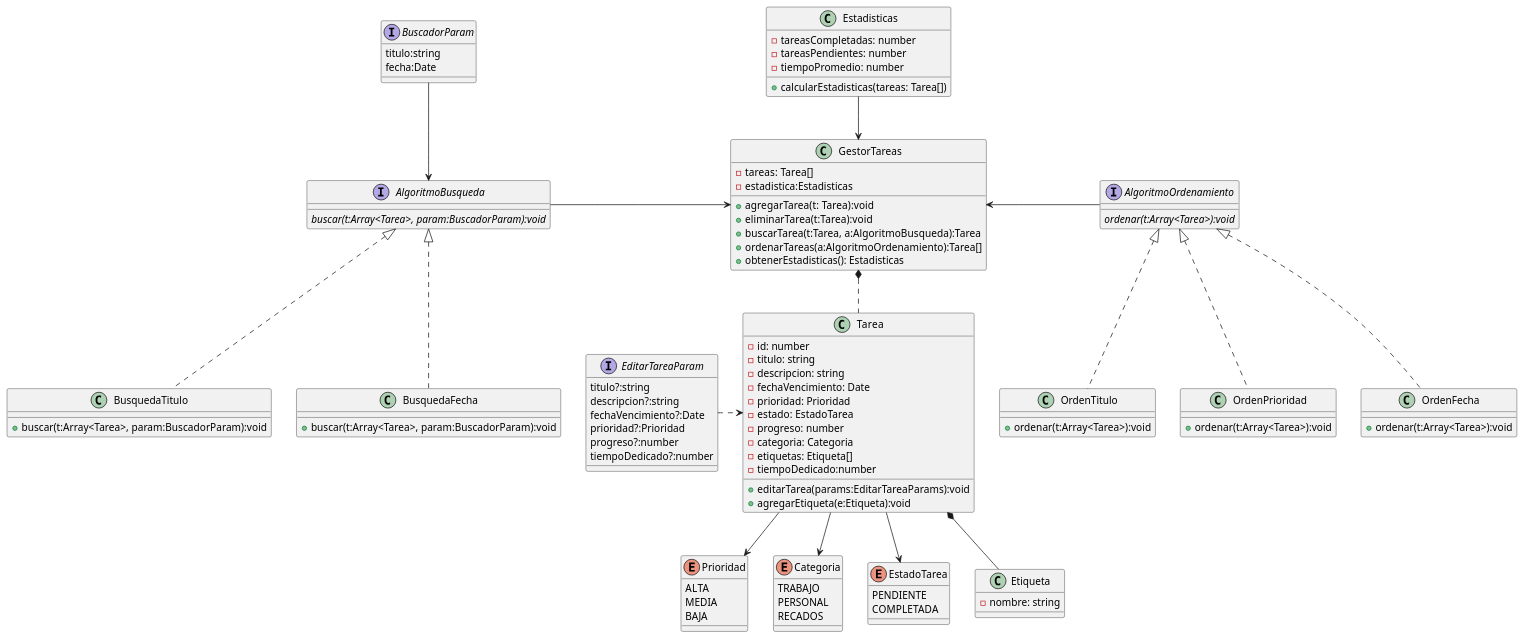
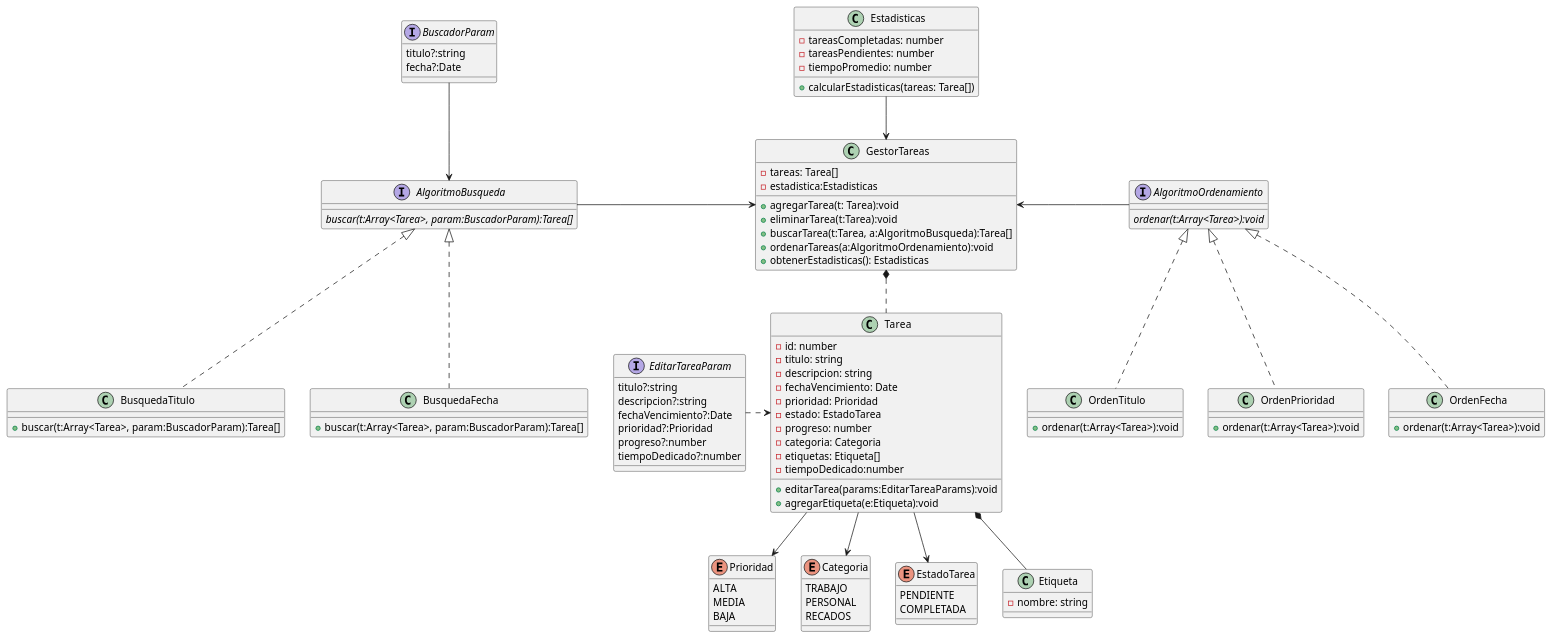
The diagram in todo_app/docs/diagramav2.puml (emmekka/todo_app), drawn with PlantUML before and after one commit.

```diff
--- a/todo_app/docs/diagramav2.puml
+++ b/todo_app/docs/diagramav2.puml
@@ -1,112 +1,112 @@
 @startuml AppTareas
 
 enum Prioridad {
     ALTA
     MEDIA
     BAJA
 }
 
 enum Categoria {
     TRABAJO
     PERSONAL
     RECADOS
 }
 
 enum EstadoTarea {
     PENDIENTE
     COMPLETADA
 }
 
 interface EditarTareaParam {
     titulo?:string
     descripcion?:string
     fechaVencimiento?:Date
     prioridad?:Prioridad
     progreso?:number
     tiempoDedicado?:number
 }
 
 class Tarea {
     -id: number
     -titulo: string
     -descripcion: string
     -fechaVencimiento: Date
     -prioridad: Prioridad
     -estado: EstadoTarea
     -progreso: number
     -categoria: Categoria
     -etiquetas: Etiqueta[]
     -tiempoDedicado:number
 
     +editarTarea(params:EditarTareaParams):void
     +agregarEtiqueta(e:Etiqueta):void 
 }
 
 
 class GestorTareas {
     -tareas: Tarea[]
     -estadistica:Estadisticas
 
     +agregarTarea(t: Tarea):void
     +eliminarTarea(t:Tarea):void
-    +buscarTarea(t:Tarea, a:AlgoritmoBusqueda):Tarea
-    +ordenarTareas(a:AlgoritmoOrdenamiento):Tarea[]
+    +buscarTarea(t:Tarea, a:AlgoritmoBusqueda):Tarea[]
+    +ordenarTareas(a:AlgoritmoOrdenamiento):void
     +obtenerEstadisticas(): Estadisticas
 }
 
 interface AlgoritmoBusqueda {
-    <i>buscar(t:Array<Tarea>, param:BuscadorParam):void
+    <i>buscar(t:Array<Tarea>, param:BuscadorParam):Tarea[]
 }
 
 class BusquedaTitulo implements AlgoritmoBusqueda{
-    +buscar(t:Array<Tarea>, param:BuscadorParam):void
+    +buscar(t:Array<Tarea>, param:BuscadorParam):Tarea[]
 }
 
 class BusquedaFecha implements AlgoritmoBusqueda{
-    +buscar(t:Array<Tarea>, param:BuscadorParam):void
+    +buscar(t:Array<Tarea>, param:BuscadorParam):Tarea[]
 }
 
 interface BuscadorParam {
-    titulo:string
-    fecha:Date
+    titulo?:string
+    fecha?:Date
 }
 
 interface AlgoritmoOrdenamiento {
     <i>ordenar(t:Array<Tarea>):void
 }
 
 class OrdenFecha implements AlgoritmoOrdenamiento{
     +ordenar(t:Array<Tarea>):void
 }
 
 class OrdenTitulo implements AlgoritmoOrdenamiento{
     +ordenar(t:Array<Tarea>):void
 }
 
 class OrdenPrioridad implements AlgoritmoOrdenamiento{
     +ordenar(t:Array<Tarea>):void
 }
 
 class Etiqueta {
     -nombre: string
 }
 
 class Estadisticas {
     -tareasCompletadas: number
     -tareasPendientes: number
     -tiempoPromedio: number
 
     +calcularEstadisticas(tareas: Tarea[])
 }
 
 Tarea --> Categoria
 Tarea *-- Etiqueta
 GestorTareas *.. Tarea
 GestorTareas <--u Estadisticas
 Tarea --> Prioridad
 Tarea --> EstadoTarea
 GestorTareas <---r AlgoritmoOrdenamiento
 GestorTareas <--l AlgoritmoBusqueda
 Tarea<..l EditarTareaParam
 BuscadorParam --> AlgoritmoBusqueda
 @enduml
```
